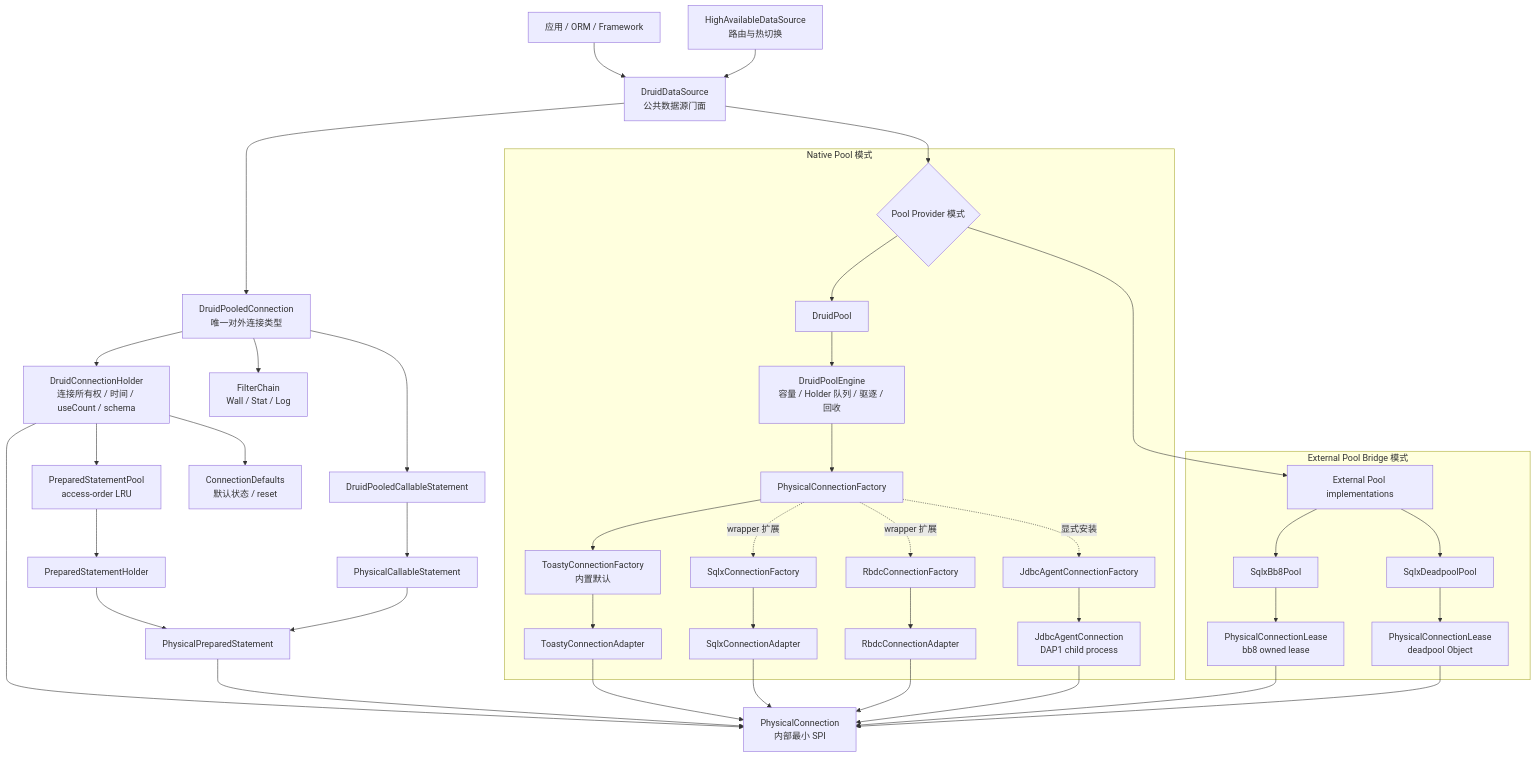
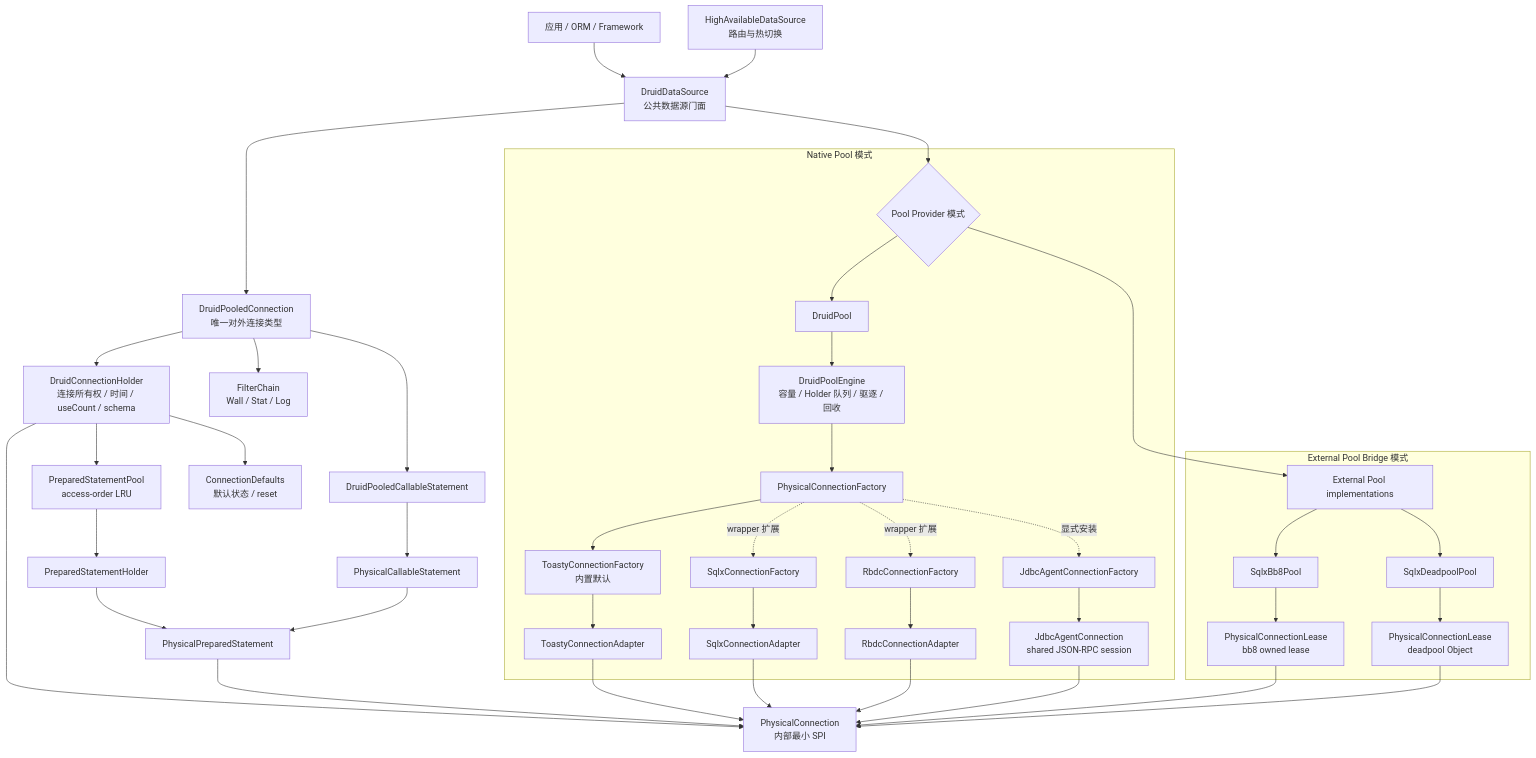
The first of 9 diagrams in docs/连接抽象与驱动适配架构.md (easy-4-rust/druid-rust), drawn with Mermaid before and after one commit. The commit also changed other lines of this file and 84 other files, not shown here.

Commit message:
feat(driver): 增强驱动基线与共享 JDBC Agent

````diff
--- a/docs/连接抽象与驱动适配架构.md
+++ b/docs/连接抽象与驱动适配架构.md
@@ -104,49 +104,49 @@
 ```mermaid
 flowchart TB
     App["应用 / ORM / Framework"] --> DataSource["DruidDataSource<br/>公共数据源门面"]
     Dynamic["HighAvailableDataSource<br/>路由与热切换"] --> DataSource
     DataSource --> Pooled["DruidPooledConnection<br/>唯一对外连接类型"]
 
     Pooled --> Filter["FilterChain<br/>Wall / Stat / Log"]
     Pooled --> Holder["DruidConnectionHolder<br/>连接所有权 / 时间 / useCount / schema"]
     Holder --> Physical["PhysicalConnection<br/>内部最小 SPI"]
     Holder --> Defaults["ConnectionDefaults<br/>默认状态 / reset"]
     Holder --> PsCache["PreparedStatementPool<br/>access-order LRU"]
     PsCache --> PsHolder["PreparedStatementHolder"]
     PsHolder --> PhysicalPrepared["PhysicalPreparedStatement"]
     PhysicalPrepared --> Physical
     Pooled --> Callable["DruidPooledCallableStatement"]
     Callable --> PhysicalCallable["PhysicalCallableStatement"]
     PhysicalCallable --> PhysicalPrepared
 
     DataSource --> Provider{"Pool Provider 模式"}
 
     subgraph native ["Native Pool 模式"]
         Provider --> NativeProvider["DruidPool"]
         NativeProvider --> PoolEngine["DruidPoolEngine<br/>容量 / Holder 队列 / 驱逐 / 回收"]
         PoolEngine --> Factory["PhysicalConnectionFactory"]
         Factory --> ToastyDirect["ToastyConnectionFactory<br/>内置默认"]
         Factory -. "wrapper 扩展" .-> SqlxDirect["SqlxConnectionFactory"]
         Factory -. "wrapper 扩展" .-> RbdcDirect["RbdcConnectionFactory"]
         Factory -. "显式安装" .-> AgentFactory["JdbcAgentConnectionFactory"]
         ToastyDirect --> ToastyAdapter["ToastyConnectionAdapter"]
         SqlxDirect --> SqlxAdapter["SqlxConnectionAdapter"]
         RbdcDirect --> RbdcAdapter["RbdcConnectionAdapter"]
-        AgentFactory --> AgentAdapter["JdbcAgentConnection<br/>DAP1 child process"]
+        AgentFactory --> AgentAdapter["JdbcAgentConnection<br/>shared JSON-RPC session"]
     end
 
     subgraph bridge ["External Pool Bridge 模式"]
         Provider --> ExternalProvider["External Pool implementations"]
         ExternalProvider --> Bb8["SqlxBb8Pool"]
         ExternalProvider --> Deadpool["SqlxDeadpoolPool"]
         Bb8 --> Bb8Lease["PhysicalConnectionLease<br/>bb8 owned lease"]
         Deadpool --> DeadpoolLease["PhysicalConnectionLease<br/>deadpool Object"]
     end
 
     ToastyAdapter --> Physical
     SqlxAdapter --> Physical
     RbdcAdapter --> Physical
     AgentAdapter --> Physical
     Bb8Lease --> Physical
     DeadpoolLease --> Physical
 ```
````
